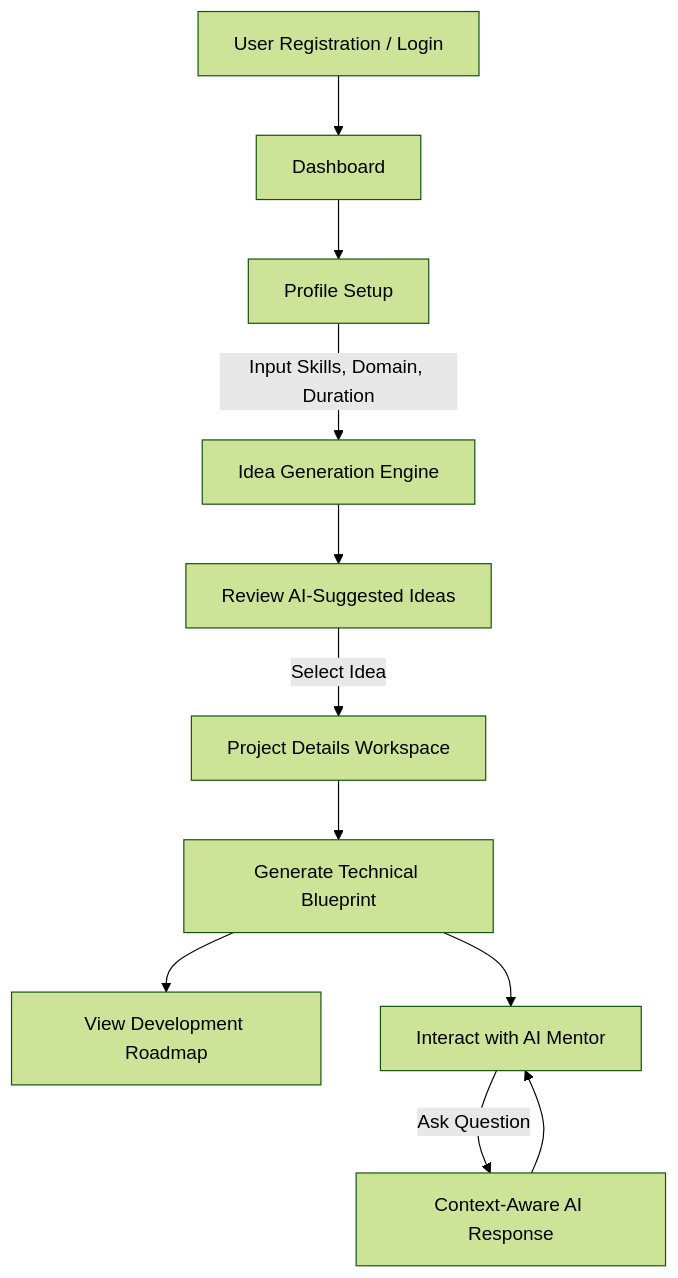
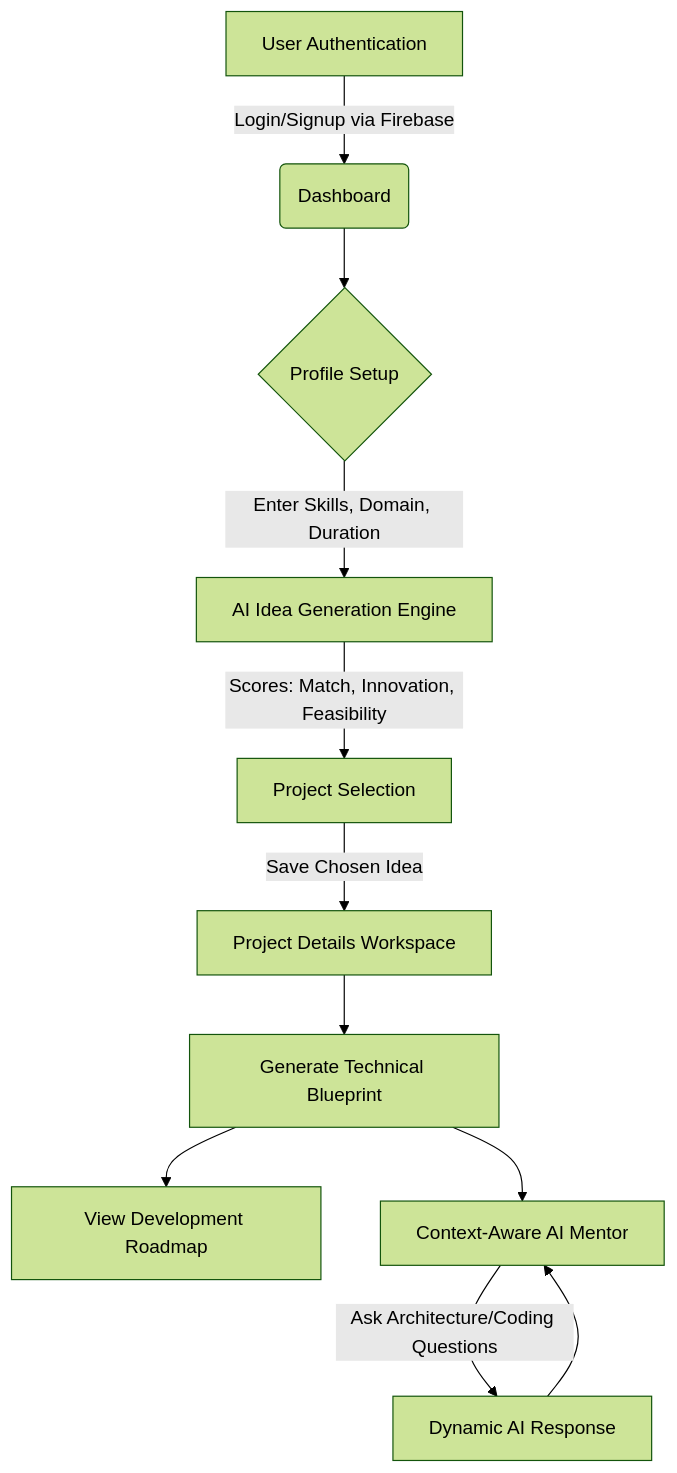
Before and after one commit to ayushmauryacloudx/AYROJECT-AI: the diagram in app/applet/README.md, drawn with Mermaid (forest theme). The commit also changed other lines of this file, not shown here.

Commit message:
docs: update README with project overview and scope

````diff
--- a/app/applet/README.md
+++ b/app/applet/README.md
@@ -19,14 +31,13 @@
 ```mermaid
 graph TD
-    A[User Registration / Login] --> B[Dashboard]
-    B --> C[Profile Setup]
-    C -->|Input Skills, Domain, Duration| D[Idea Generation Engine]
-    D --> E[Review AI-Suggested Ideas]
-    E -->|Select Idea| F[Project Details Workspace]
+    A[User Authentication] -->|Login/Signup via Firebase| B(Dashboard)
+    B --> C{Profile Setup}
+    C -->|Enter Skills, Domain, Duration| D[AI Idea Generation Engine]
+    D -->|Scores: Match, Innovation, Feasibility| E[Project Selection]
+    E -->|Save Chosen Idea| F[Project Details Workspace]
     F --> G[Generate Technical Blueprint]
     G --> H[View Development Roadmap]
-    G --> I[Interact with AI Mentor]
-    
-    I -->|Ask Question| J[Context-Aware AI Response]
+    G --> I[Context-Aware AI Mentor]
+    I -->|Ask Architecture/Coding Questions| J[Dynamic AI Response]
     J --> I
 ```
````
